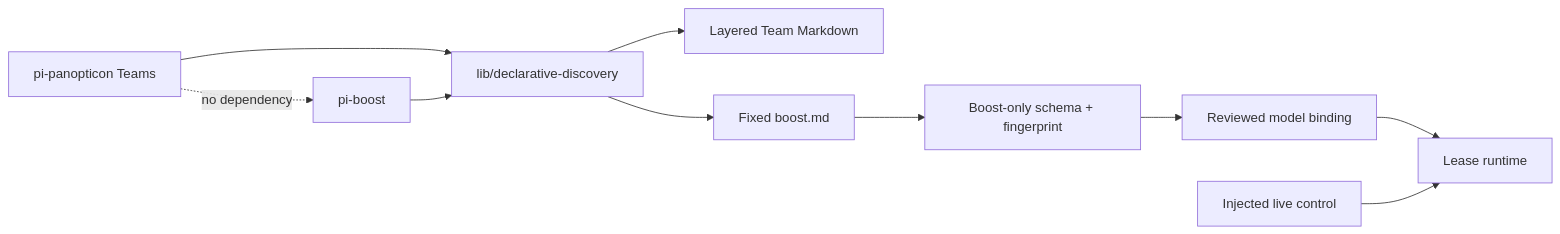
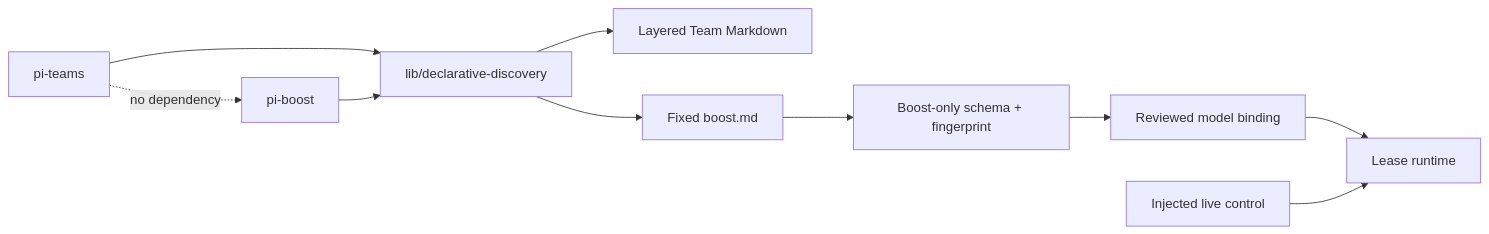
One commit to tS7hKamAYL84j91/pi-tools-and-skills changed the third of 25 diagrams in docs/architecture.md. Above: the diagram before and after it, drawn with Mermaid. The commit also changed other lines of this file and 207 other files, not shown here.

````diff
--- a/docs/architecture.md
+++ b/docs/architecture.md
@@ -136,12 +160,12 @@
 ```mermaid
 flowchart LR
-  Teams[pi-panopticon Teams] --> Discovery[lib/declarative-discovery]
+  Teams[pi-teams] --> Discovery[lib/declarative-discovery]
   Boost[pi-boost] --> Discovery
   Discovery --> TeamFiles[Layered Team Markdown]
   Discovery --> BoostFile[Fixed boost.md]
   BoostFile --> Validate[Boost-only schema + fingerprint]
   Validate --> Reviewed[Reviewed model binding]
   Reviewed --> Lease[Lease runtime]
   Live[Injected live control] --> Lease
   Teams -. no dependency .-> Boost
 ```
````
